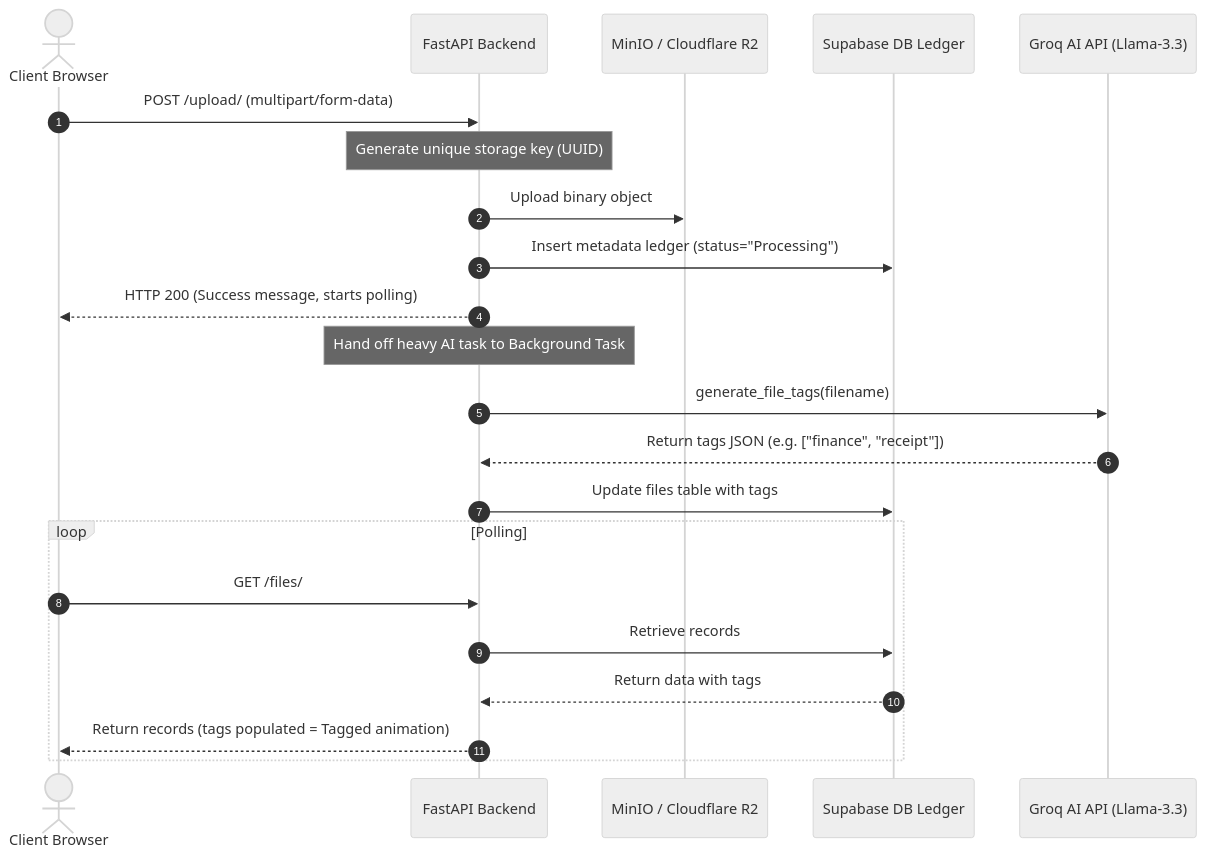
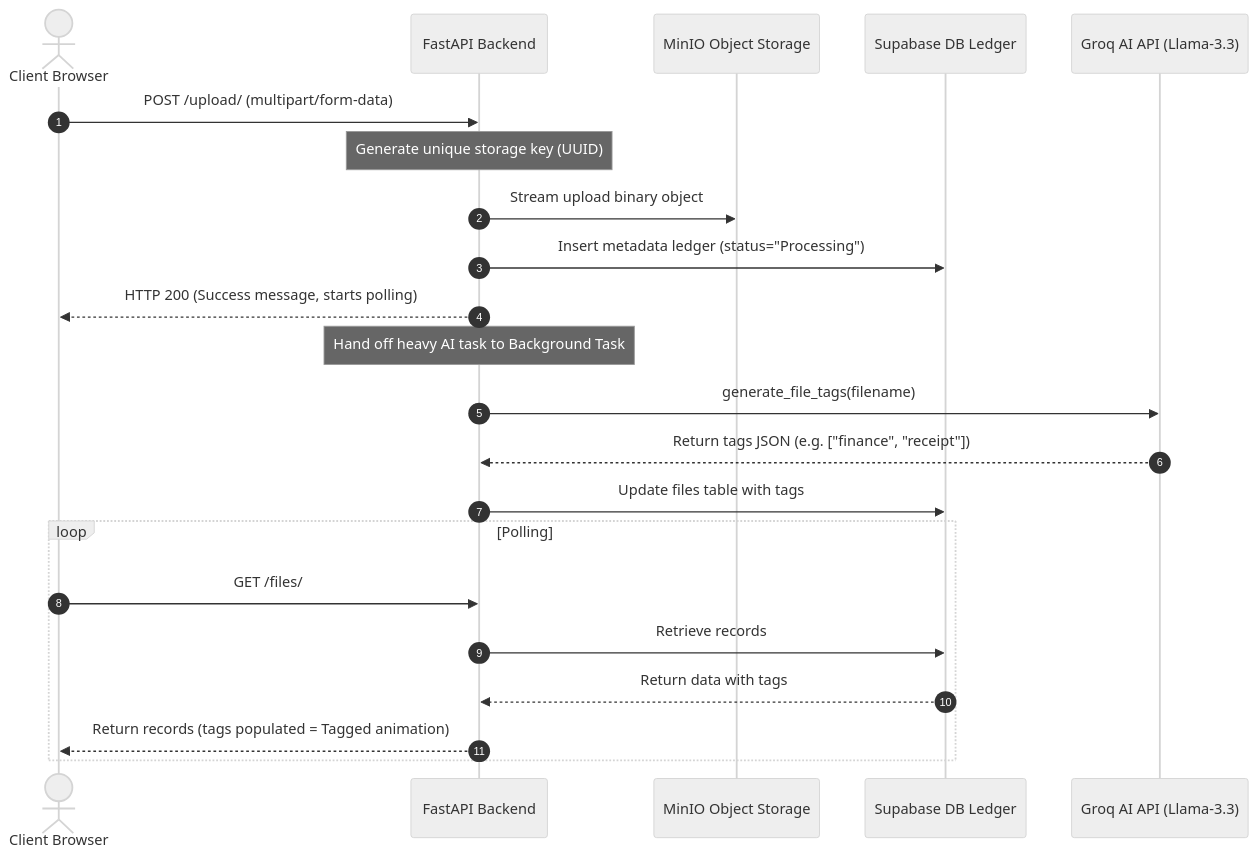
Before and after one commit to L9G9N0/OrbitSync-Backend: the diagram in README.md, drawn with Mermaid (neutral theme). The commit also changed other lines of this file and 17 other files, not shown here.

Commit message:
migration(storage): replace Cloudflare R2 with provider-agnostic Storage Service. Implement MinIO default provider, AWS S3, and Local test drivers. Create Dockerfile, docker-compose, and test suites. Complete Phase 1 Storage Migration.

````diff
--- a/README.md
+++ b/README.md
@@ -10,27 +10,27 @@
 ```mermaid
 sequenceDiagram
     autonumber
     actor User as Client Browser
     participant API as FastAPI Backend
-    participant R2 as MinIO / Cloudflare R2
+    participant Storage as MinIO Object Storage
     participant DB as Supabase DB Ledger
     participant AI as Groq AI API (Llama-3.3)
 
     User->>API: POST /upload/ (multipart/form-data)
     Note over API: Generate unique storage key (UUID)
-    API->>R2: Upload binary object
+    API->>Storage: Stream upload binary object
     API->>DB: Insert metadata ledger (status="Processing")
     API-->>User: HTTP 200 (Success message, starts polling)
     
     Note over API: Hand off heavy AI task to Background Task
     API->>AI: generate_file_tags(filename)
     AI-->>API: Return tags JSON (e.g. ["finance", "receipt"])
     API->>DB: Update files table with tags
     
     loop Polling
         User->>API: GET /files/
         API->>DB: Retrieve records
         DB-->>API: Return data with tags
         API-->>User: Return records (tags populated = Tagged animation)
     end
 ```
````
